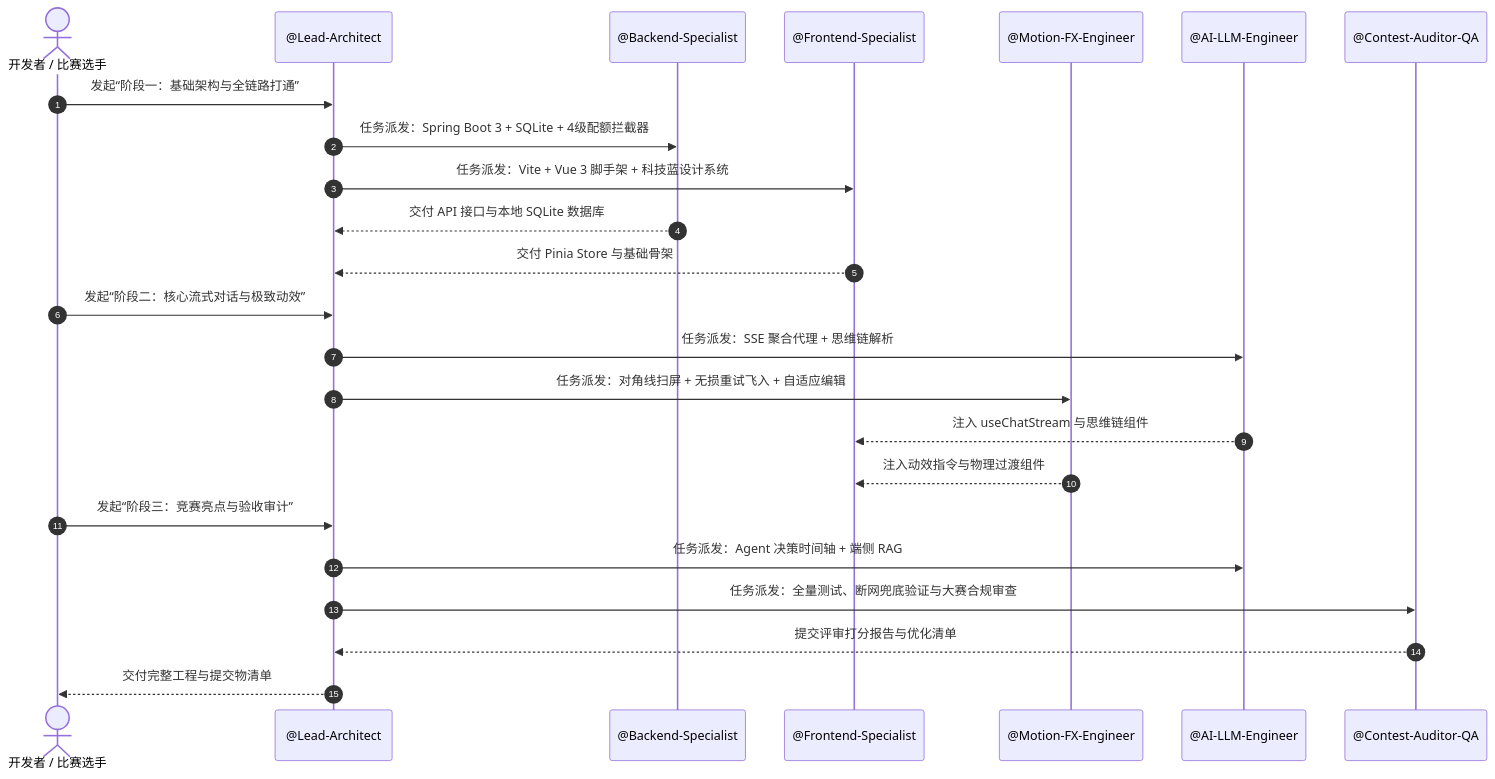
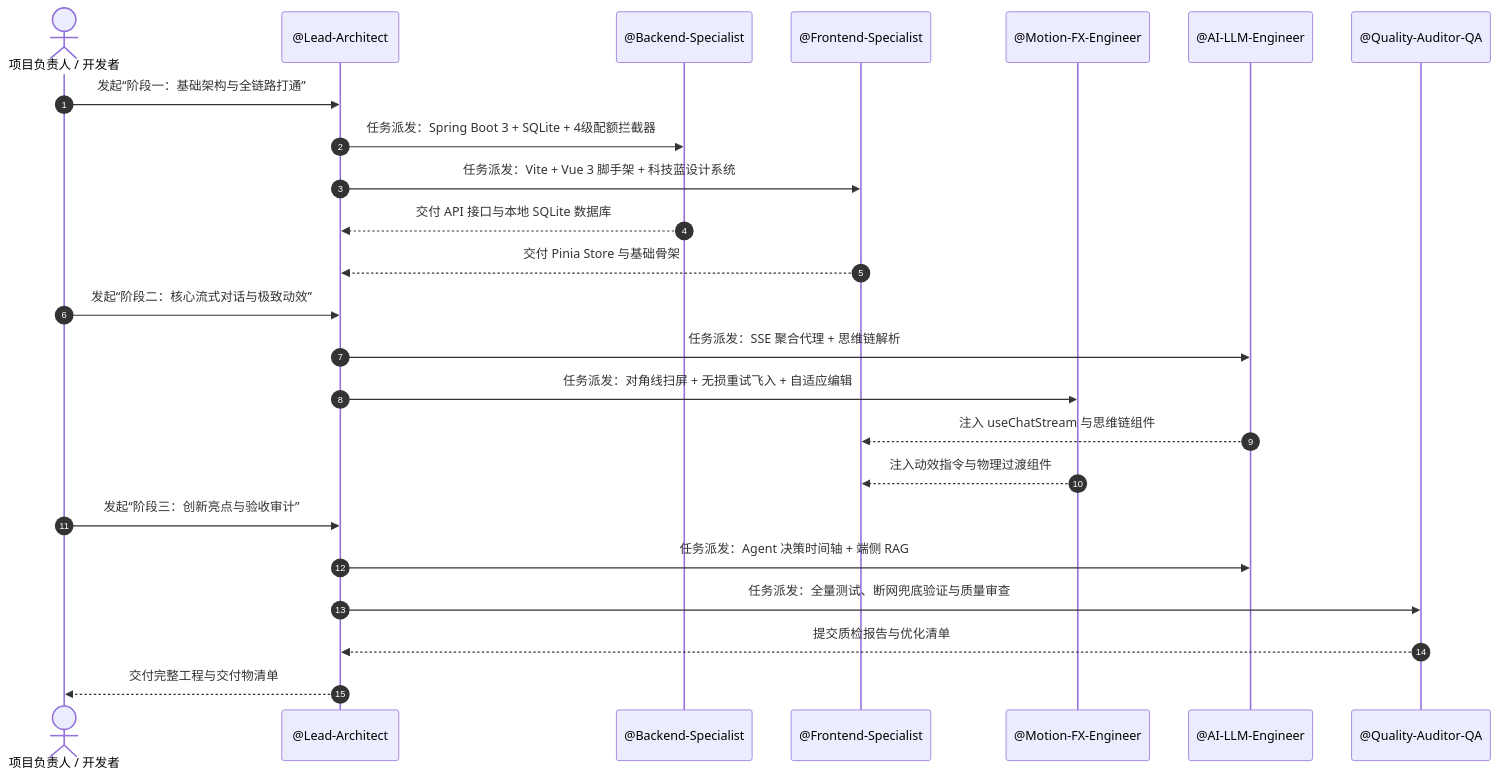
Before and after one commit to gyb0619/XCWeb: the second of 2 diagrams in docs/PROMPTS.md, drawn with Mermaid. The commit also changed other lines of this file and 1 other file, not shown here.

Commit message:
chore(docs): remove contest name references and generalize quality audit agent

````diff
--- a/docs/PROMPTS.md
+++ b/docs/PROMPTS.md
@@ -214,29 +214,29 @@
 ```mermaid
 sequenceDiagram
     autonumber
-    actor User as 开发者 / 比赛选手
+    actor User as 项目负责人 / 开发者
     participant Lead as @Lead-Architect
     participant Back as @Backend-Specialist
     participant Front as @Frontend-Specialist
     participant Motion as @Motion-FX-Engineer
     participant AI as @AI-LLM-Engineer
-    participant QA as @Contest-Auditor-QA
+    participant QA as @Quality-Auditor-QA
 
     User->>Lead: 发起“阶段一：基础架构与全链路打通”
     Lead->>Back: 任务派发：Spring Boot 3 + SQLite + 4级配额拦截器
     Lead->>Front: 任务派发：Vite + Vue 3 脚手架 + 科技蓝设计系统
     Back-->>Lead: 交付 API 接口与本地 SQLite 数据库
     Front-->>Lead: 交付 Pinia Store 与基础骨架
     
     User->>Lead: 发起“阶段二：核心流式对话与极致动效”
     Lead->>AI: 任务派发：SSE 聚合代理 + 思维链解析
     Lead->>Motion: 任务派发：对角线扫屏 + 无损重试飞入 + 自适应编辑
     AI-->>Front: 注入 useChatStream 与思维链组件
     Motion-->>Front: 注入动效指令与物理过渡组件
     
-    User->>Lead: 发起“阶段三：竞赛亮点与验收审计”
+    User->>Lead: 发起“阶段三：创新亮点与验收审计”
     Lead->>AI: 任务派发：Agent 决策时间轴 + 端侧 RAG
-    Lead->>QA: 任务派发：全量测试、断网兜底验证与大赛合规审查
-    QA-->>Lead: 提交评审打分报告与优化清单
-    Lead-->>User: 交付完整工程与提交物清单
+    Lead->>QA: 任务派发：全量测试、断网兜底验证与质量审查
+    QA-->>Lead: 提交质检报告与优化清单
+    Lead-->>User: 交付完整工程与交付物清单
 ```
````
